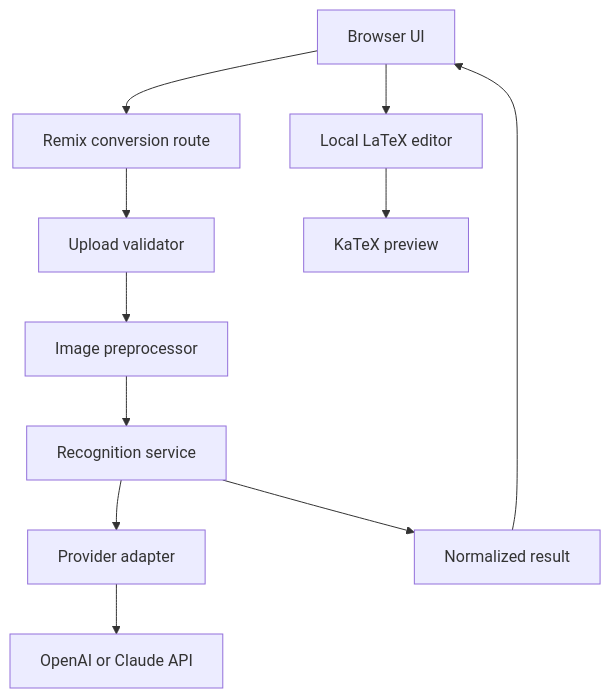
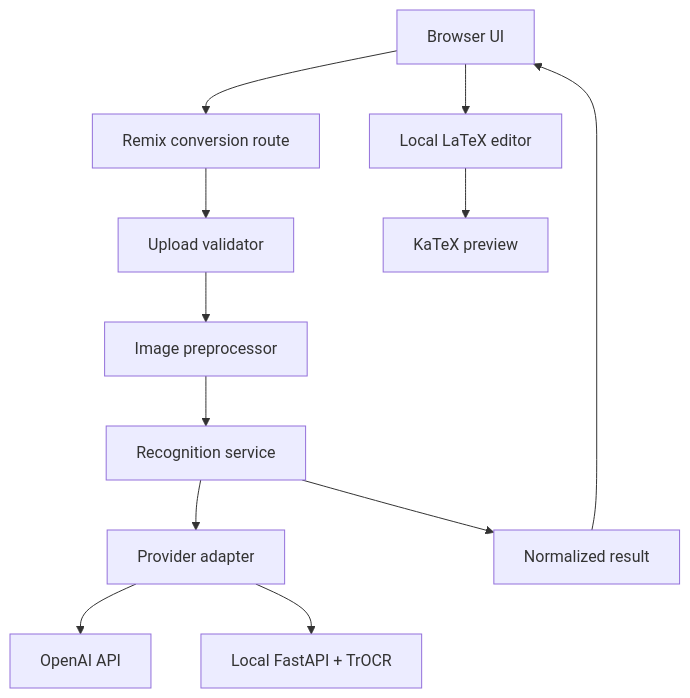
One commit to Nikolay-Machev/SnapTEX changed the first of 2 diagrams in docs/architecture.md. Above: the diagram before and after it, drawn with Mermaid. The commit also changed other lines of this file and 20 other files, not shown here.

````diff
--- a/docs/architecture.md
+++ b/docs/architecture.md
@@ -42,13 +43,14 @@
 ```mermaid
 flowchart TD
     A["Browser UI"] --> B["Remix conversion route"]
     B --> C["Upload validator"]
     C --> D["Image preprocessor"]
     D --> E["Recognition service"]
     E --> F["Provider adapter"]
-    F --> G["OpenAI or Claude API"]
+    F --> G["OpenAI API"]
+    F --> K["Local FastAPI + TrOCR"]
     E --> H["Normalized result"]
     H --> A
     A --> I["Local LaTeX editor"]
     I --> J["KaTeX preview"]
 ```
````
